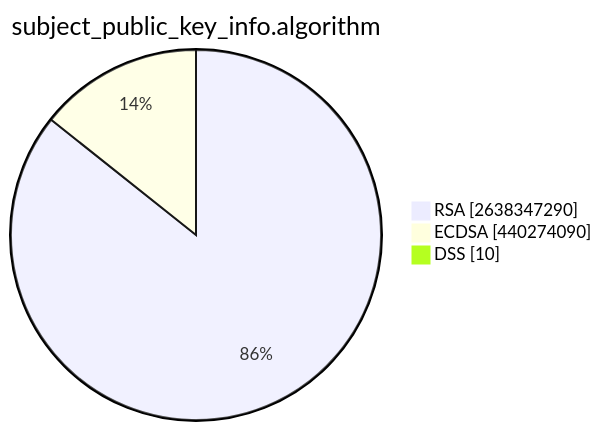
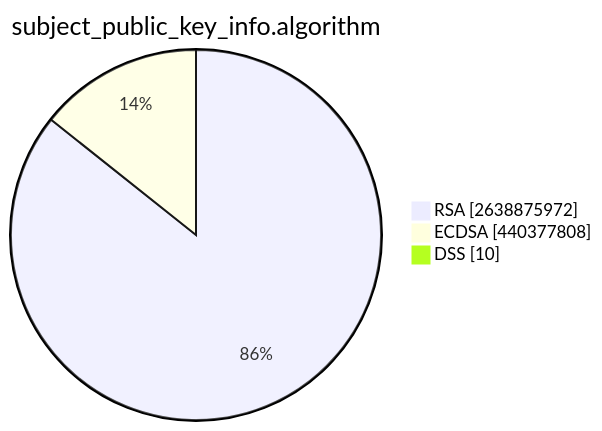
Before and after one commit to christiankrug/ctmonitor_visualization: the second of 15 diagrams in TOTAL/README.md, drawn with Mermaid. The commit also changed other lines of this file, not shown here.

````diff
--- a/TOTAL/README.md
+++ b/TOTAL/README.md
@@ -6,7 +6,7 @@
 ```mermaid
 pie showData
 title subject_public_key_info.algorithm
-"RSA" :2638347290
-"ECDSA" :440274090
+"RSA" :2638875972
+"ECDSA" :440377808
 "DSS" :10
 ```
````
